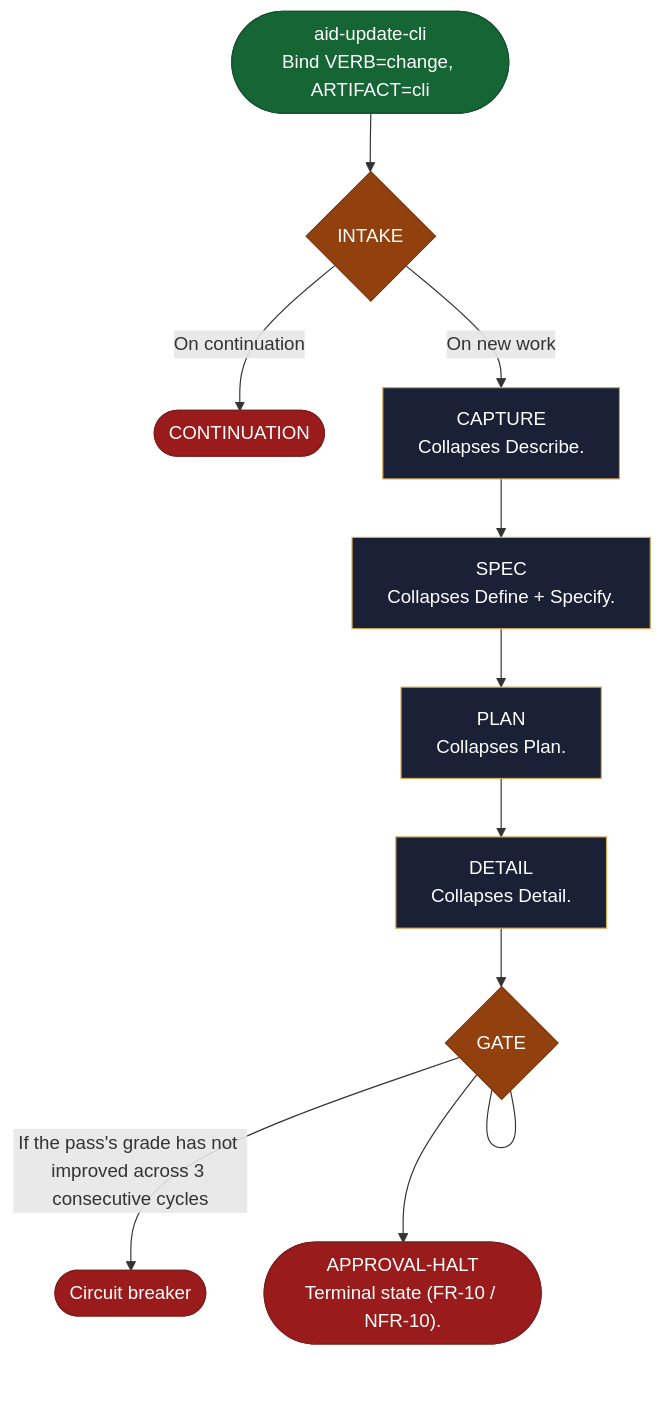
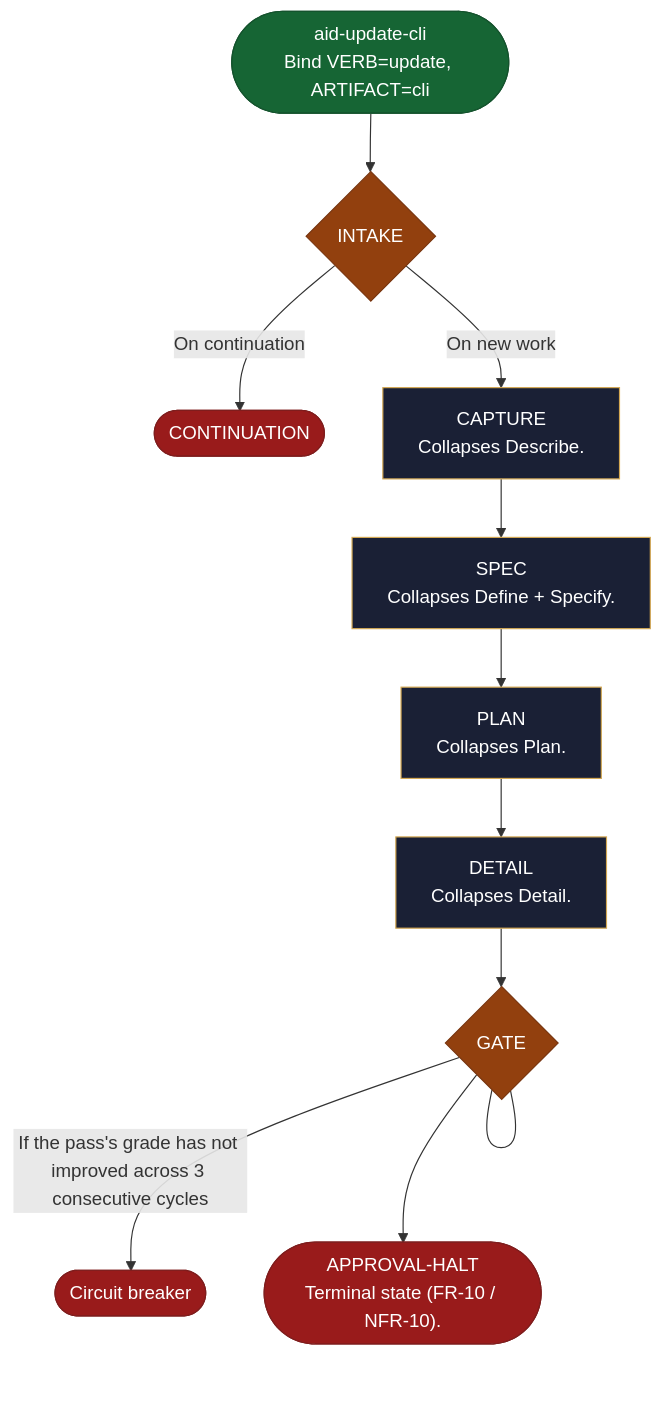
The diagram in site/src/content/docs/skills/aid-update-cli.md (AndreVianna/aid-methodology), drawn with Mermaid before and after one commit. The commit also changed other lines of this file and 99 other files, not shown here.

````diff
--- a/site/src/content/docs/skills/aid-update-cli.md
+++ b/site/src/content/docs/skills/aid-update-cli.md
@@ -20,49 +20,49 @@
 ```mermaid
 flowchart TB
   classDef aidNode color:#fff
   classDef aidEntry fill:#166534,stroke:#14532d,color:#fff
   classDef aidExit fill:#991b1b,stroke:#7f1d1d,color:#fff
   classDef aidDecision fill:#92400e,stroke:#78350f,color:#fff
   classDef aidLoopBack fill:#1e3a8a,stroke:#1e3a8a,color:#fff
   classDef aidStep fill:#1a2035,stroke:#d4a853,color:#f1f5f9
-  n1(["aid-update-cli<br/>Bind VERB=change, ARTIFACT=cli"])
+  n1(["aid-update-cli<br/>Bind VERB=update, ARTIFACT=cli"])
   n2{"INTAKE"}
   n3(["CONTINUATION"])
   n4["CAPTURE<br/>Collapses Describe."]
   n5["SPEC<br/>Collapses Define + Specify."]
   n6["PLAN<br/>Collapses Plan."]
   n7["DETAIL<br/>Collapses Detail."]
   n8{"GATE"}
   n9(["Circuit breaker"])
   n10(["APPROVAL-HALT<br/>Terminal state (FR-10 / NFR-10)."])
   n1 --> n2
   n2 -->|"On continuation"| n3
   n2 -->|"On new work"| n4
   n4 --> n5
   n5 --> n6
   n6 --> n7
   n7 --> n8
   n8 --- n8
   n8 -->|"If the pass's grade has not improved across 3 consecutive cycles"| n9
   n8 --> n10
   class n1 aidEntry
   class n2 aidDecision
   class n3 aidExit
   class n4 aidStep
   class n5 aidStep
   class n6 aidStep
   class n7 aidStep
   class n8 aidDecision
   class n9 aidExit
   class n10 aidExit
   class n1 aidNode
   class n2 aidNode
   class n3 aidNode
   class n4 aidNode
   class n5 aidNode
   class n6 aidNode
   class n7 aidNode
   class n8 aidNode
   class n9 aidNode
   class n10 aidNode
 ```
````
